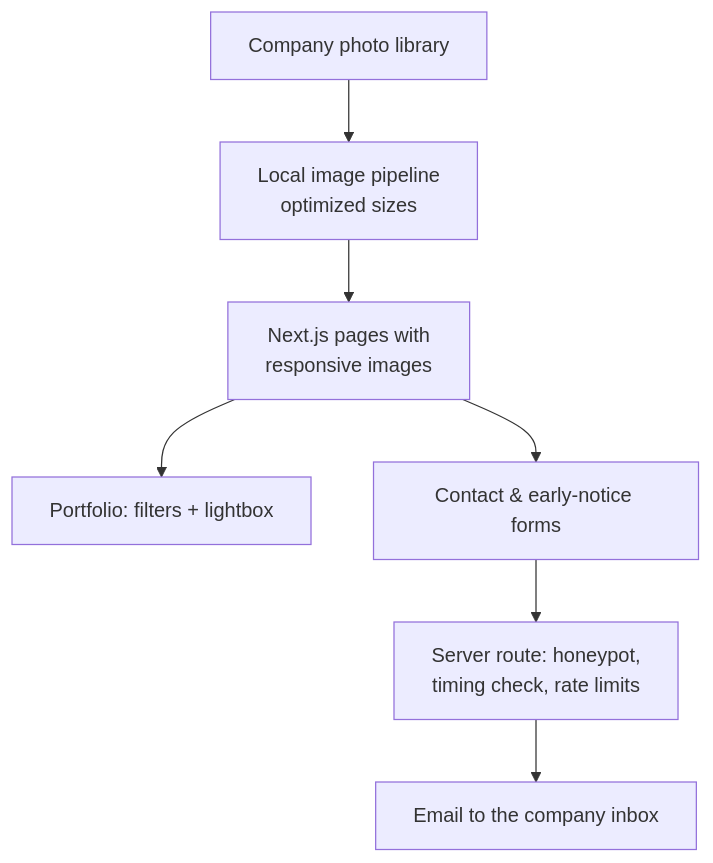
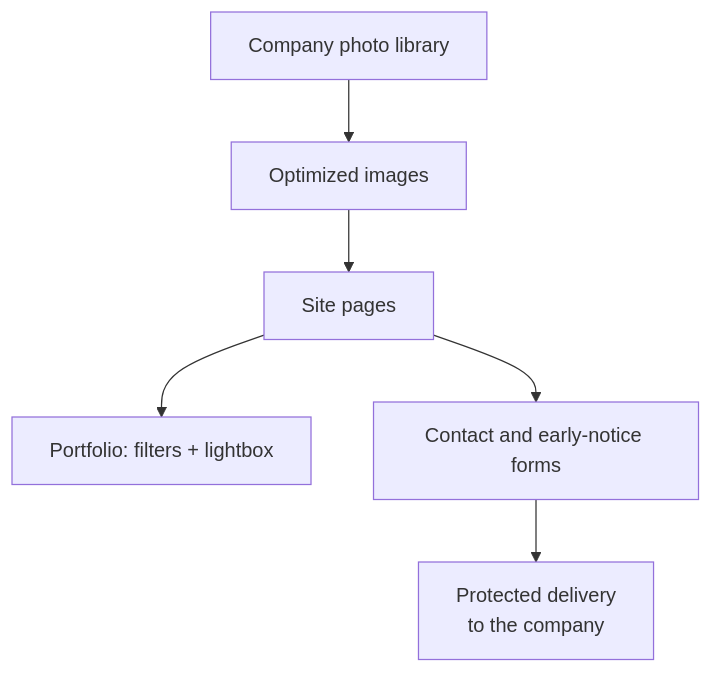
The diagram in README.md (DavisHiggins/Higgins-Building-Group), drawn with Mermaid before and after one commit. The commit also changed other lines of this file and 7 other files, not shown here.

````diff
--- a/README.md
+++ b/README.md
@@ -50,9 +56,8 @@
 ```mermaid
 flowchart TB
-    P[Company photo library] --> I[Local image pipeline<br/>optimized sizes]
-    I --> N[Next.js pages with<br/>responsive images]
+    P[Company photo library] --> I[Optimized images]
+    I --> N[Site pages]
     N --> G[Portfolio: filters + lightbox]
-    N --> F[Contact & early-notice forms]
-    F --> A[Server route: honeypot,<br/>timing check, rate limits]
-    A --> E[Email to the company inbox]
+    N --> F[Contact and early-notice forms]
+    F --> E[Protected delivery<br/>to the company]
 ```
````
